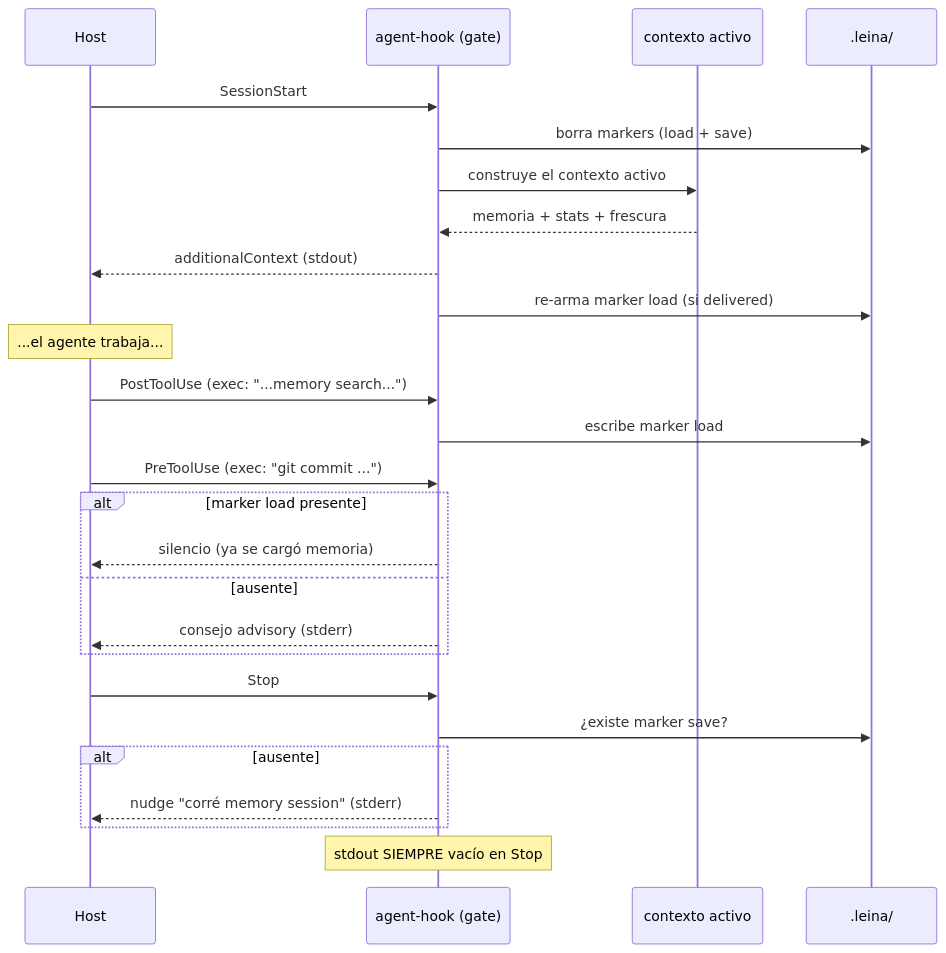
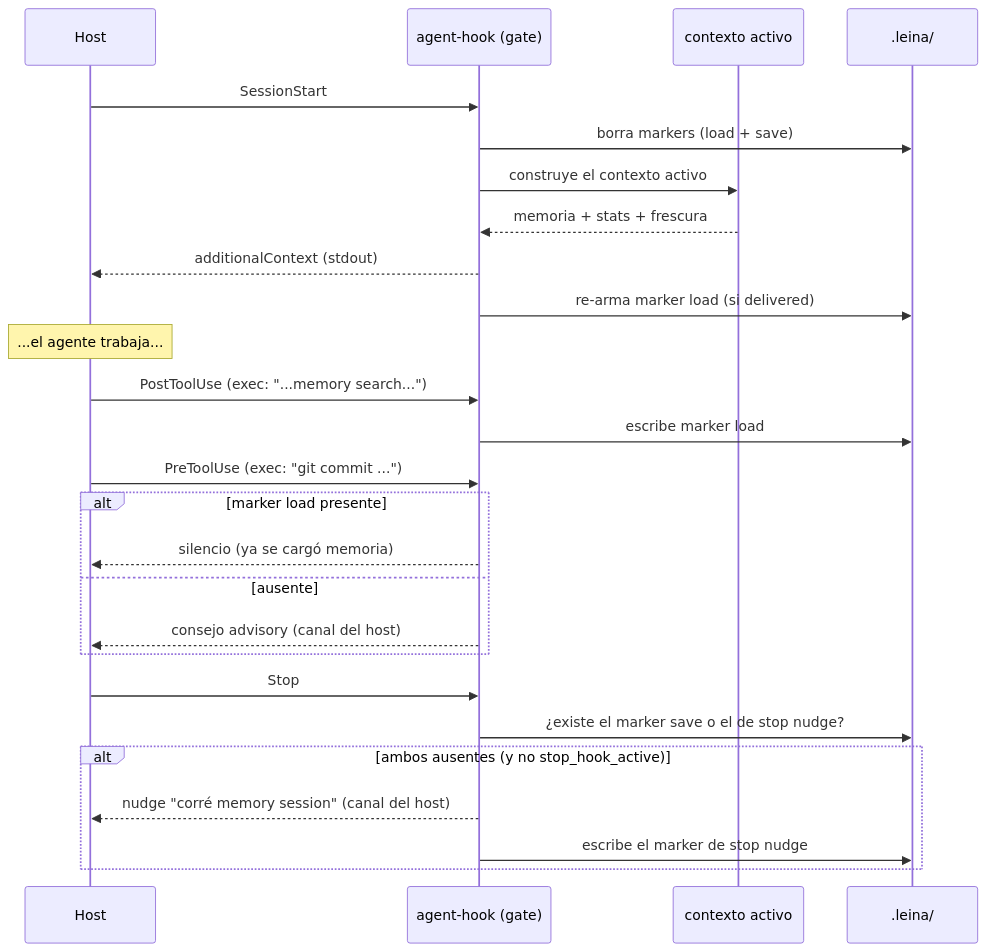
One commit to Kolimar/leina changed the third of 3 diagrams in docs/i18n/es/concepts/06-hooks-e-inyeccion.md. Above: the diagram before and after it, drawn with Mermaid. The commit also changed other lines of this file and 8 other files, not shown here.

````diff
--- a/docs/i18n/es/concepts/06-hooks-e-inyeccion.md
+++ b/docs/i18n/es/concepts/06-hooks-e-inyeccion.md
@@ -116,32 +141,32 @@
 ```mermaid
 sequenceDiagram
     participant D as Host
     participant G as agent-hook (gate)
     participant C as contexto activo
     participant Disk as .leina/
 
     D->>G: SessionStart
     G->>Disk: borra markers (load + save)
     G->>C: construye el contexto activo
     C-->>G: memoria + stats + frescura
     G-->>D: additionalContext (stdout)
     G->>Disk: re-arma marker load (si delivered)
 
     Note over D: ...el agente trabaja...
     D->>G: PostToolUse (exec: "...memory search...")
     G->>Disk: escribe marker load
 
     D->>G: PreToolUse (exec: "git commit ...")
     alt marker load presente
         G-->>D: silencio (ya se cargó memoria)
     else ausente
-        G-->>D: consejo advisory (stderr)
+        G-->>D: consejo advisory (canal del host)
     end
 
     D->>G: Stop
-    G->>Disk: ¿existe marker save?
-    alt ausente
-        G-->>D: nudge "corré memory session" (stderr)
+    G->>Disk: ¿existe el marker save o el de stop nudge?
+    alt ambos ausentes (y no stop_hook_active)
+        G-->>D: nudge "corré memory session" (canal del host)
+        G->>Disk: escribe el marker de stop nudge
     end
-    Note over G: stdout SIEMPRE vacío en Stop
 ```
````
